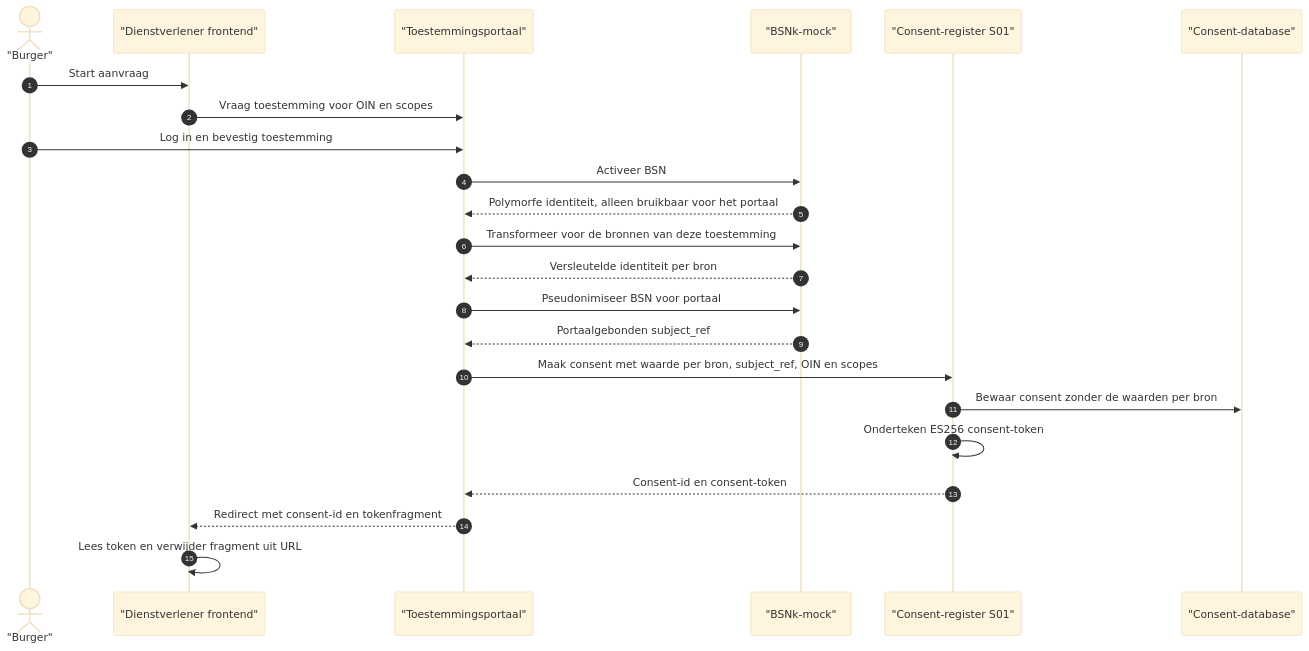
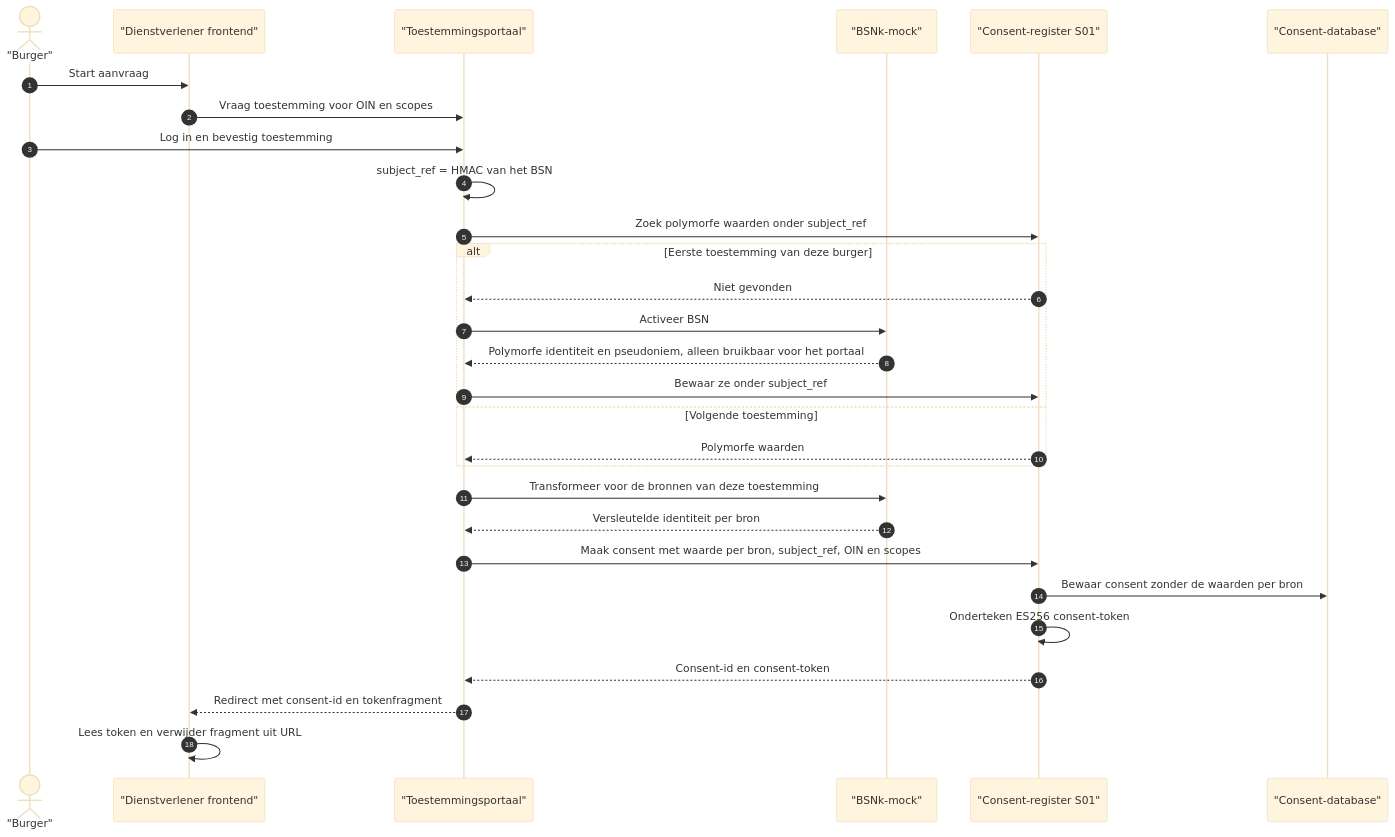
One commit to ICTU/GBO-demo changed the second of 4 diagrams in docs/consent-flow.md. Above: the diagram before and after it, drawn with Mermaid (base theme). The commit also changed other lines of this file and 31 other files, not shown here.

First line of the commit message:
Activate a citizen once and derive the portal's reference with an HMAC

````diff
--- a/docs/consent-flow.md
+++ b/docs/consent-flow.md
@@ -64,29 +72,35 @@
 ```mermaid
 sequenceDiagram
     autonumber
     actor Citizen as "Burger"
     participant UI as "Dienstverlener frontend"
     participant Portal as "Toestemmingsportaal"
     participant BSNk as "BSNk-mock"
     participant Register as "Consent-register S01"
     participant DB as "Consent-database"
 
     Citizen->>UI: Start aanvraag
     UI->>Portal: Vraag toestemming voor OIN en scopes
     Citizen->>Portal: Log in en bevestig toestemming
 
-    Portal->>BSNk: Activeer BSN
-    BSNk-->>Portal: Polymorfe identiteit, alleen bruikbaar voor het portaal
+    Portal->>Portal: subject_ref = HMAC van het BSN
+    Portal->>Register: Zoek polymorfe waarden onder subject_ref
+    alt Eerste toestemming van deze burger
+        Register-->>Portal: Niet gevonden
+        Portal->>BSNk: Activeer BSN
+        BSNk-->>Portal: Polymorfe identiteit en pseudoniem, alleen bruikbaar voor het portaal
+        Portal->>Register: Bewaar ze onder subject_ref
+    else Volgende toestemming
+        Register-->>Portal: Polymorfe waarden
+    end
     Portal->>BSNk: Transformeer voor de bronnen van deze toestemming
     BSNk-->>Portal: Versleutelde identiteit per bron
-    Portal->>BSNk: Pseudonimiseer BSN voor portaal
-    BSNk-->>Portal: Portaalgebonden subject_ref
 
     Portal->>Register: Maak consent met waarde per bron, subject_ref, OIN en scopes
     Register->>DB: Bewaar consent zonder de waarden per bron
     Register->>Register: Onderteken ES256 consent-token
     Register-->>Portal: Consent-id en consent-token
 
     Portal-->>UI: Redirect met consent-id en tokenfragment
     UI->>UI: Lees token en verwijder fragment uit URL
 ```
````
